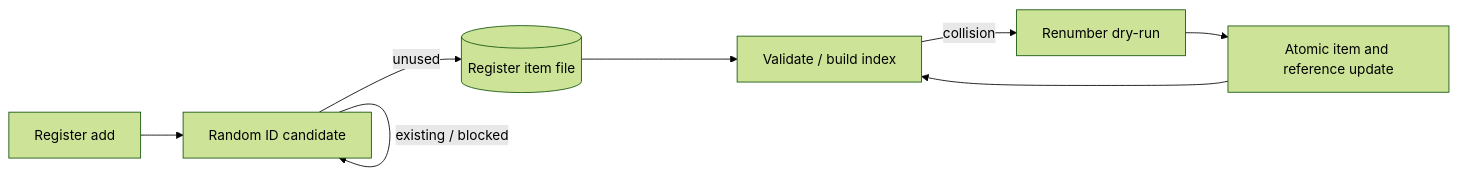
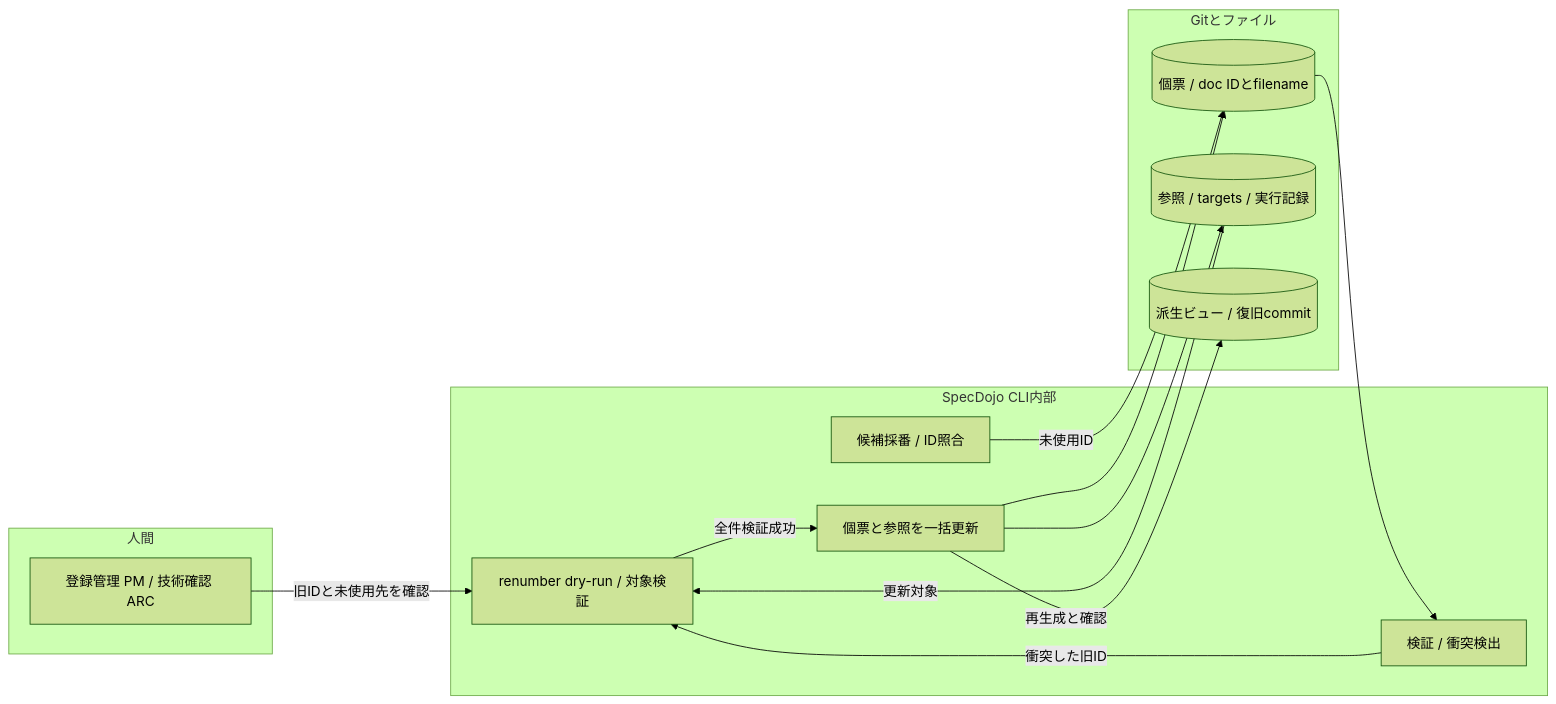
One commit to specdojo/specdojo changed the third of 5 diagrams in docs/ja/product/040-system-design/sysd-critical-flows.md. Above: the diagram before and after it, drawn with Mermaid (forest theme). The commit also changed other lines of this file and 12 other files, not shown here.

Commit message:
exec(T-KATA-WAVE-1-sysd-critical-flows-005): apply task changes

````diff
--- a/docs/ja/product/040-system-design/sysd-critical-flows.md
+++ b/docs/ja/product/040-system-design/sysd-critical-flows.md
@@ -85,10 +110,26 @@
 ```mermaid
 flowchart LR
-  A[Register add] --> G[Random ID candidate]
-  G -->|existing / blocked| G
-  G -->|unused| I[(Register item file)]
-  I --> V[Validate / build index]
-  V -->|collision| D[Renumber dry-run]
-  D --> U[Atomic item and reference update]
-  U --> V
+  subgraph H[人間]
+    P[登録管理 PM / 技術確認 ARC]
+  end
+  subgraph C[SpecDojo CLI内部]
+    A[候補採番 / ID照合]
+    V[検証 / 衝突検出]
+    R[renumber dry-run / 対象検証]
+    U[個票と参照を一括更新]
+  end
+  subgraph G[Gitとファイル]
+    F[(個票 / doc IDとfilename)]
+    L[(参照 / targets / 実行記録)]
+    B[(派生ビュー / 復旧commit)]
+  end
+  A -->|未使用ID| F
+  F --> V
+  V -->|衝突した旧ID| R
+  P -->|旧IDと未使用先を確認| R
+  L -->|更新対象| R
+  R -->|全件検証成功| U
+  U --> F
+  U --> L
+  U -->|再生成と確認| B
 ```
````
